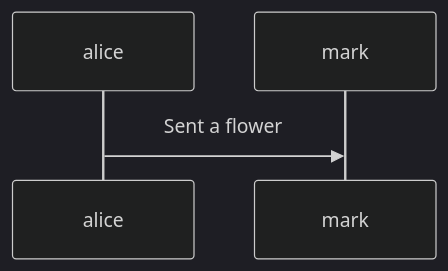
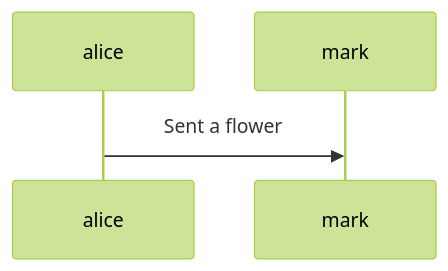
One commit to edmund-leibert/math-sorcerer-scraper changed the third of 3 diagrams in README.md. Above: the diagram before and after it, drawn with Mermaid.

````diff
--- a/README.md
+++ b/README.md
@@ -105,5 +105,5 @@
  ```mermaid 
- %%{init: { 'theme':'dark', 'sequence': {'useMaxWidth':false} } }%%
+ %%{init: { 'theme':'forest', 'sequence': {'useMaxWidth':false} } }%%
  sequenceDiagram 
    alice ->> mark: Sent a flower
  ```
````
